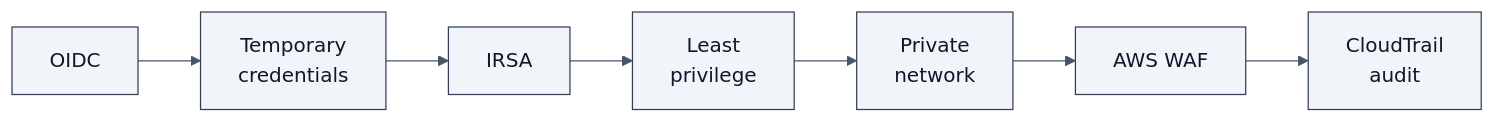
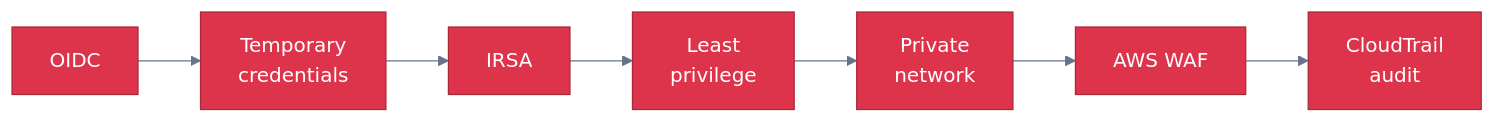
One commit to Rohit-1920/Rohit-1920 changed the fifth of 7 diagrams in README.md. Above: the diagram before and after it, drawn with Mermaid. The commit also changed other lines of this file, not shown here.

````diff
--- a/README.md
+++ b/README.md
@@ -338,5 +461,7 @@
 ```mermaid
-%%{init: {'theme':'base','themeVariables':{'fontFamily':'Inter, ui-sans-serif, system-ui, sans-serif','primaryColor':'#F1F5F9','primaryBorderColor':'#334155','primaryTextColor':'#0F172A','lineColor':'#475569'}}}%%
+%%{init: {'theme':'base','themeVariables':{'fontFamily':'Inter, ui-sans-serif, system-ui, sans-serif','lineColor':'#64748B','primaryTextColor':'#FFFFFF'}}}%%
 flowchart LR
   A["OIDC"] --> B["Temporary<br/>credentials"] --> C["IRSA"] --> D["Least<br/>privilege"] --> E["Private<br/>network"] --> F["AWS WAF"] --> G["CloudTrail<br/>audit"]
+  classDef sec fill:#DD344C,stroke:#A9283B,color:#FFFFFF
+  class A,B,C,D,E,F,G sec
 ```
````
